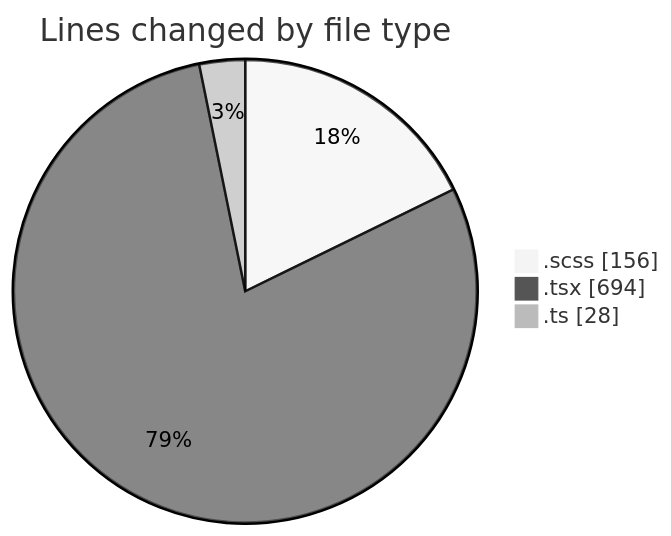
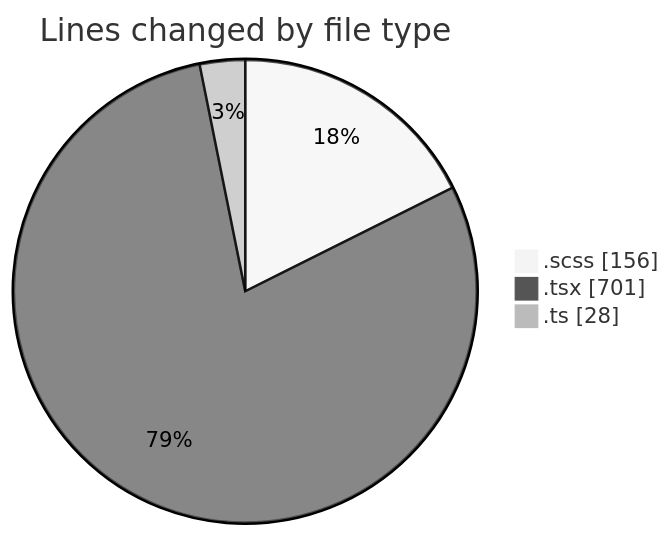
The first of 2 diagrams in 2025-02-10/cda/README.md (momahboobian/code-tracking), drawn with Mermaid (neutral theme) before and after one commit. The commit also changed other lines of this file and 1 other file, not shown here.

````diff
--- a/2025-02-10/cda/README.md
+++ b/2025-02-10/cda/README.md
@@ -25,7 +25,7 @@
 ```mermaid
 pie showData
 title Lines changed by file type
 ".scss" : 156
-".tsx" : 694
+".tsx" : 701
 ".ts" : 28
 ```
````
